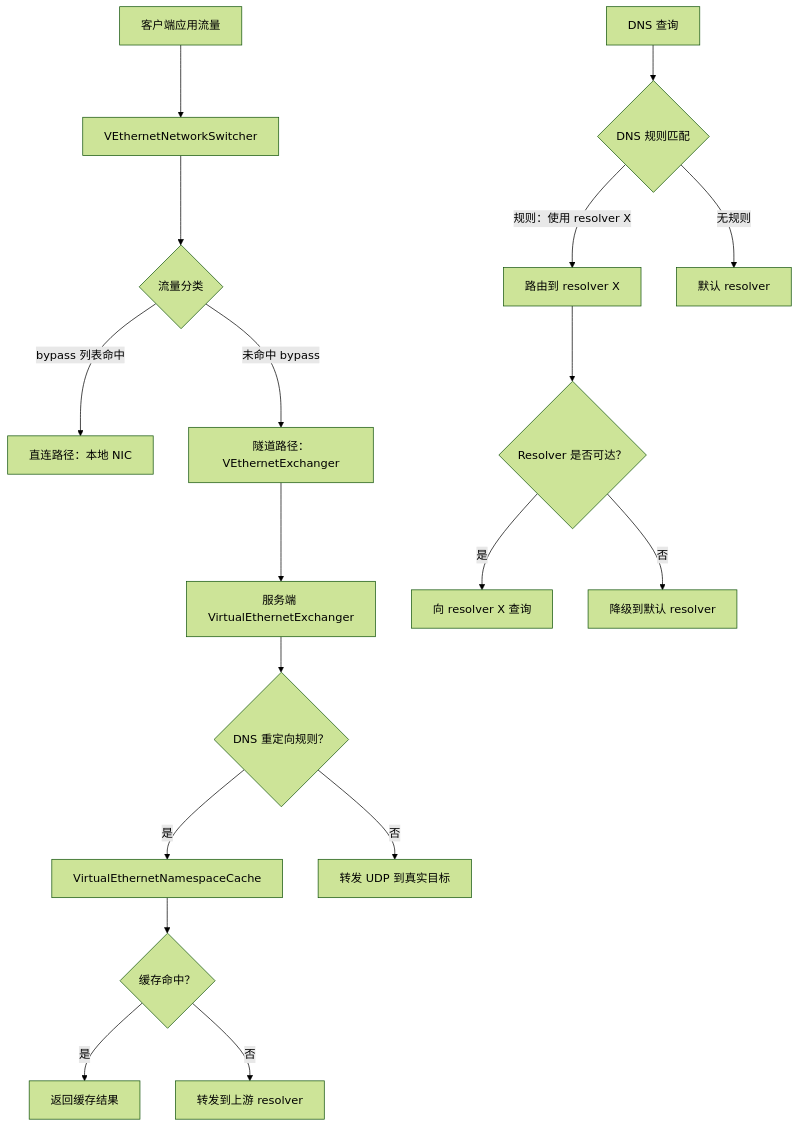
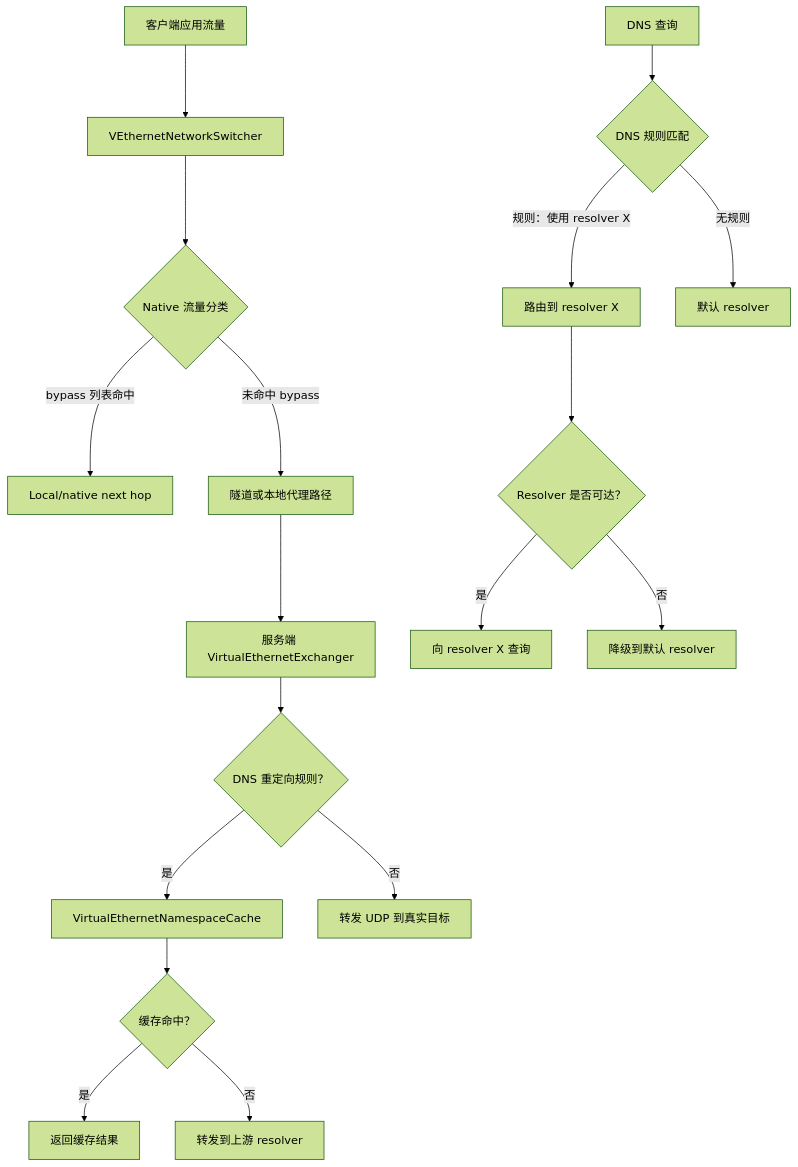
The first of 8 diagrams in docs/guides/ROUTING_AND_DNS_CN.md (rebecca554owen/openppp2), drawn with Mermaid (forest theme) before and after one commit. The commit also changed other lines of this file and 34 other files, not shown here.

````diff
--- a/docs/guides/ROUTING_AND_DNS_CN.md
+++ b/docs/guides/ROUTING_AND_DNS_CN.md
@@ -35,22 +35,22 @@
 ```mermaid
 flowchart TD
     A[客户端应用流量] --> B[VEthernetNetworkSwitcher]
-    B --> C{流量分类}
-    C -->|bypass 列表命中| D[直连路径：本地 NIC]
-    C -->|未命中 bypass| E[隧道路径：VEthernetExchanger]
+    B --> C{Native 流量分类}
+    C -->|bypass 列表命中| D[Local/native next hop]
+    C -->|未命中 bypass| E[隧道或本地代理路径]
 
     F[DNS 查询] --> G{DNS 规则匹配}
     G -->|规则：使用 resolver X| H[路由到 resolver X]
     G -->|无规则| I[默认 resolver]
     H --> J{Resolver 是否可达？}
     J -->|是| K[向 resolver X 查询]
     J -->|否| L[降级到默认 resolver]
 
     E --> M[服务端 VirtualEthernetExchanger]
     M --> N{DNS 重定向规则？}
     N -->|是| O[VirtualEthernetNamespaceCache]
     N -->|否| P[转发 UDP 到真实目标]
     O --> Q{缓存命中？}
     Q -->|是| R[返回缓存结果]
     Q -->|否| S[转发到上游 resolver]
 ```
````
